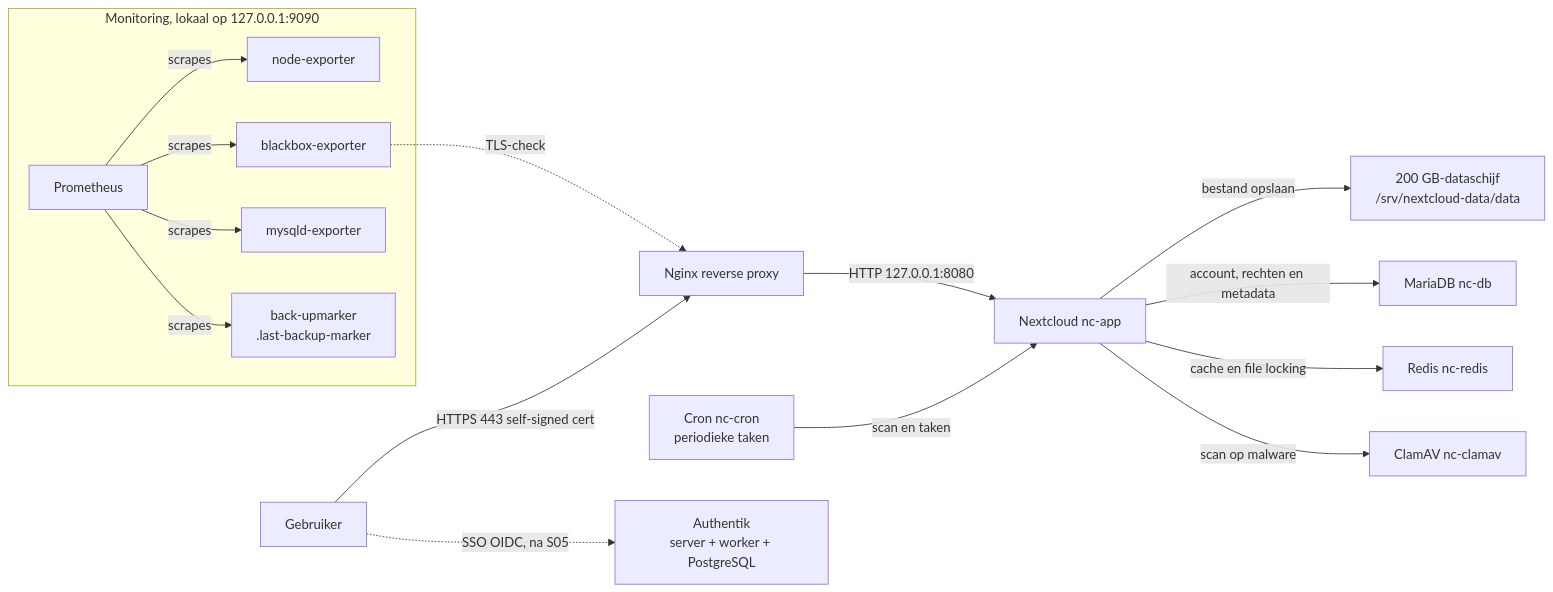
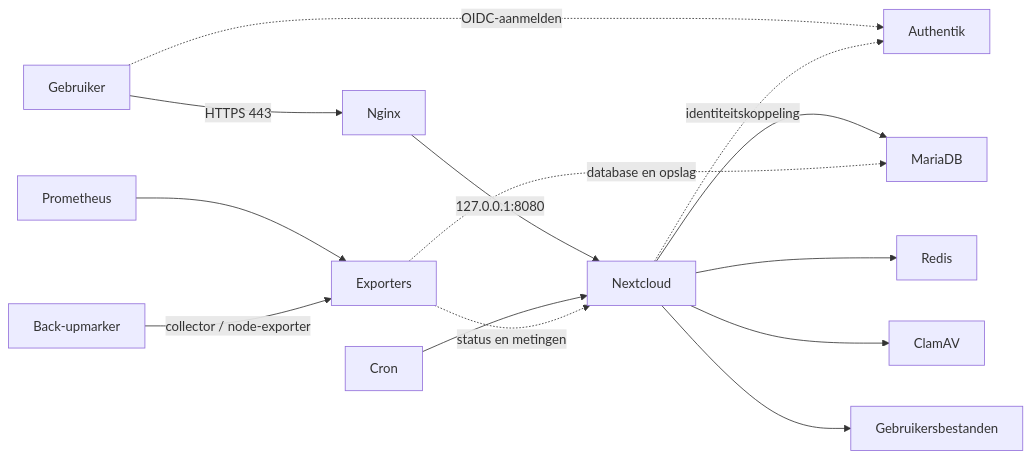
One commit to Maxime-00/StudentCloud changed the first of 2 diagrams in docs/architecture.md. Above: the diagram before and after it, drawn with Mermaid. The commit also changed other lines of this file and 19 other files, not shown here.

````diff
--- a/docs/architecture.md
+++ b/docs/architecture.md
@@ -48,19 +21,16 @@
 ```mermaid
 flowchart LR
-    User[Gebruiker] -->|HTTPS 443 self-signed cert| Nginx[Nginx reverse proxy]
-    Nginx -->|HTTP 127.0.0.1:8080| Nextcloud[Nextcloud nc-app]
-    Nextcloud -->|bestand opslaan| Files[200 GB-dataschijf<br/>/srv/nextcloud-data/data]
-    Nextcloud -->|account, rechten en metadata| Database[MariaDB nc-db]
-    Nextcloud -->|cache en file locking| Redis[Redis nc-redis]
-    Cron[Cron nc-cron<br/>periodieke taken] -->|scan en taken| Nextcloud
-    Nextcloud -->|scan op malware| ClamAV[ClamAV nc-clamav]
-    User -.->|SSO OIDC, na S05| Authentik[Authentik<br/>server + worker + PostgreSQL]
-
-    subgraph Monitoring[Monitoring, lokaal op 127.0.0.1:9090]
-        Prometheus[Prometheus] -->|scrapes| NEx[node-exporter]
-        Prometheus -->|scrapes| BBox[blackbox-exporter]
-        Prometheus -->|scrapes| MyEx[mysqld-exporter]
-        Prometheus -->|scrapes| BackupMarker[back-upmarker<br/>.last-backup-marker]
-    end
-    BBox -.->|TLS-check| Nginx
+    User[Gebruiker] -->|HTTPS 443| Proxy[Nginx]
+    Proxy -->|127.0.0.1:8080| App[Nextcloud]
+    User -.->|OIDC-aanmelden| Auth[Authentik]
+    App -.->|identiteitskoppeling| Auth
+    App --> DB[MariaDB]
+    App --> Redis[Redis]
+    App --> AV[ClamAV]
+    App --> Data[Gebruikersbestanden]
+    Cron[Cron] --> App
+    Prom[Prometheus] --> Exporters[Exporters]
+    Exporters -.->|status en metingen| App
+    Exporters -.->|database en opslag| DB
+    Marker[Back-upmarker] -->|collector / node-exporter| Exporters
 ```
````
